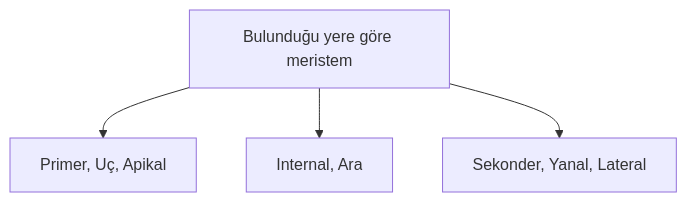
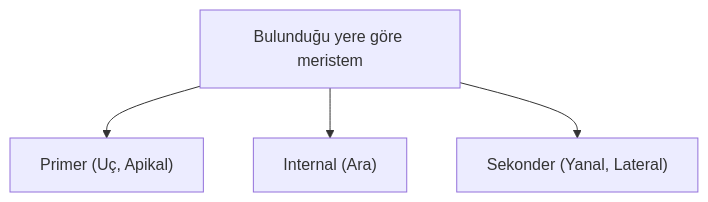
Before and after one commit to metwse/evrensel: the third of 9 diagrams in ayt/biyoloji/bitki-biyolojisi/bitki-biyolojisi.md, drawn with Mermaid. The commit also changed other lines of this file and 1 other file, not shown here.

````diff
--- a/ayt/biyoloji/bitki-biyolojisi/bitki-biyolojisi.md
+++ b/ayt/biyoloji/bitki-biyolojisi/bitki-biyolojisi.md
@@ -73,7 +73,7 @@
 ```mermaid
 flowchart TD
     t[Bulunduğu yere göre meristem]
-    t --> t-1[Primer, Uç, Apikal]
-    t --> t-2[Internal, Ara]
-    t --> t-3[Sekonder, Yanal, Lateral]
+    t --> t-1["Primer (Uç, Apikal)"]
+    t --> t-2["Internal (Ara)"]
+    t --> t-3["Sekonder (Yanal, Lateral)"]
 ```
````
